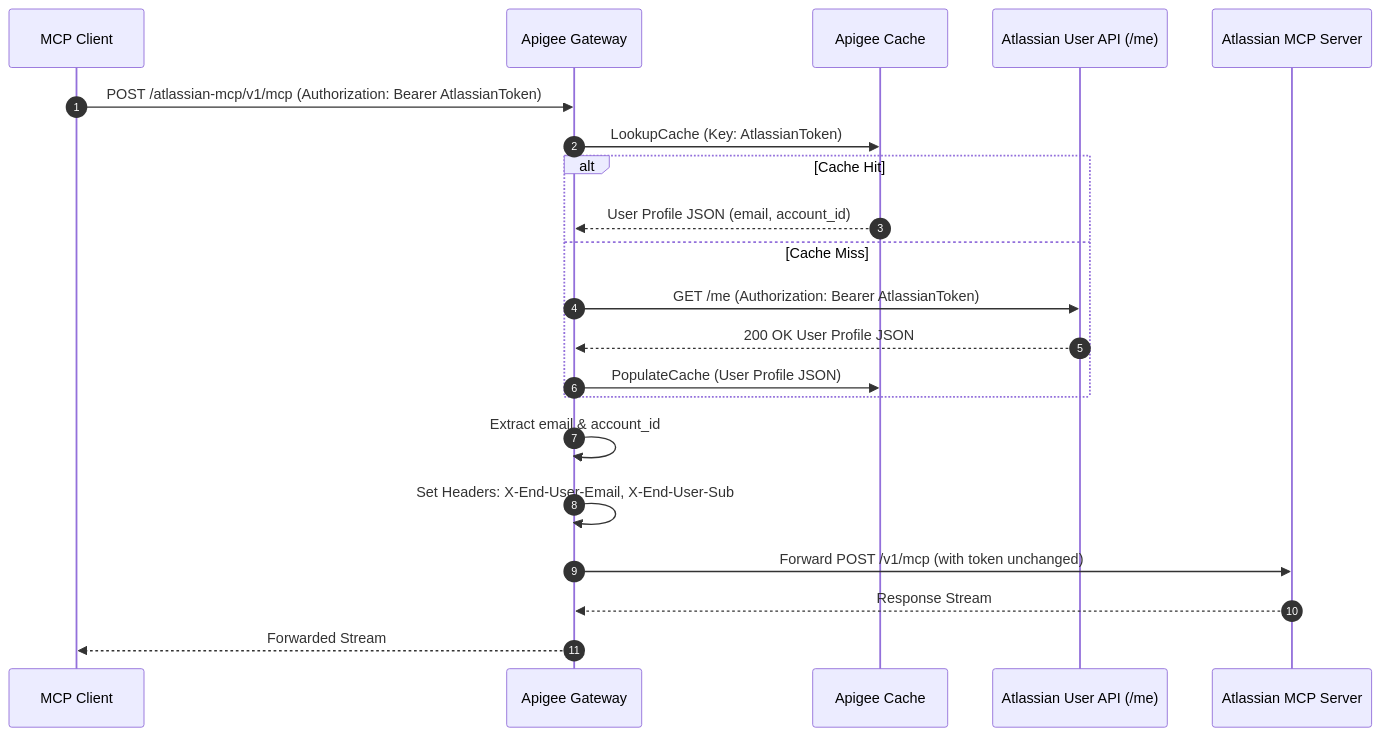
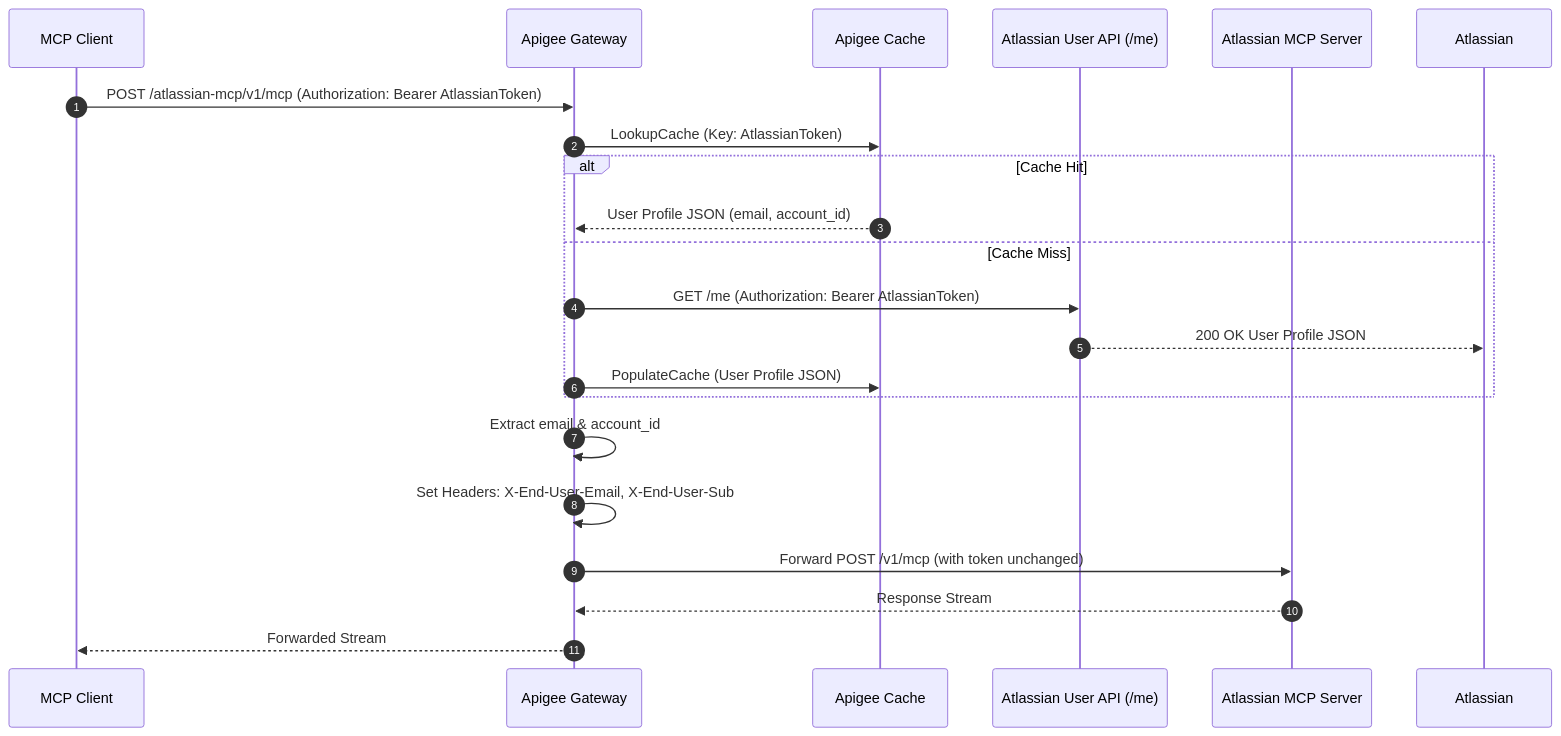
One commit to ra2085/apigee-atl-mcp changed the second of 4 diagrams in README.md. Above: the diagram before and after it, drawn with Mermaid. The commit also changed other lines of this file and 60 other files, not shown here.

````diff
--- a/README.md
+++ b/README.md
@@ -65,26 +66,26 @@
 ```mermaid
 sequenceDiagram
     autonumber
     participant Client as MCP Client
     participant Apigee as Apigee Gateway
     participant Cache as Apigee Cache
     participant AtlassianAPI as Atlassian User API (/me)
     participant AtlassianMCP as Atlassian MCP Server
 
     Client->>Apigee: POST /atlassian-mcp/v1/mcp (Authorization: Bearer AtlassianToken)
     Apigee->>Cache: LookupCache (Key: AtlassianToken)
     
     alt Cache Hit
         Cache-->>Apigee: User Profile JSON (email, account_id)
     else Cache Miss
         Apigee->>AtlassianAPI: GET /me (Authorization: Bearer AtlassianToken)
-        AtlassianAPI-->>Apigee: 200 OK User Profile JSON
+        AtlassianAPI-->>Atlassian: 200 OK User Profile JSON
         Apigee->>Cache: PopulateCache (User Profile JSON)
     end
 
     Apigee->>Apigee: Extract email & account_id
     Apigee->>Apigee: Set Headers: X-End-User-Email, X-End-User-Sub
     Apigee->>AtlassianMCP: Forward POST /v1/mcp (with token unchanged)
     AtlassianMCP-->>Apigee: Response Stream
     Apigee-->>Client: Forwarded Stream
 ```
````
